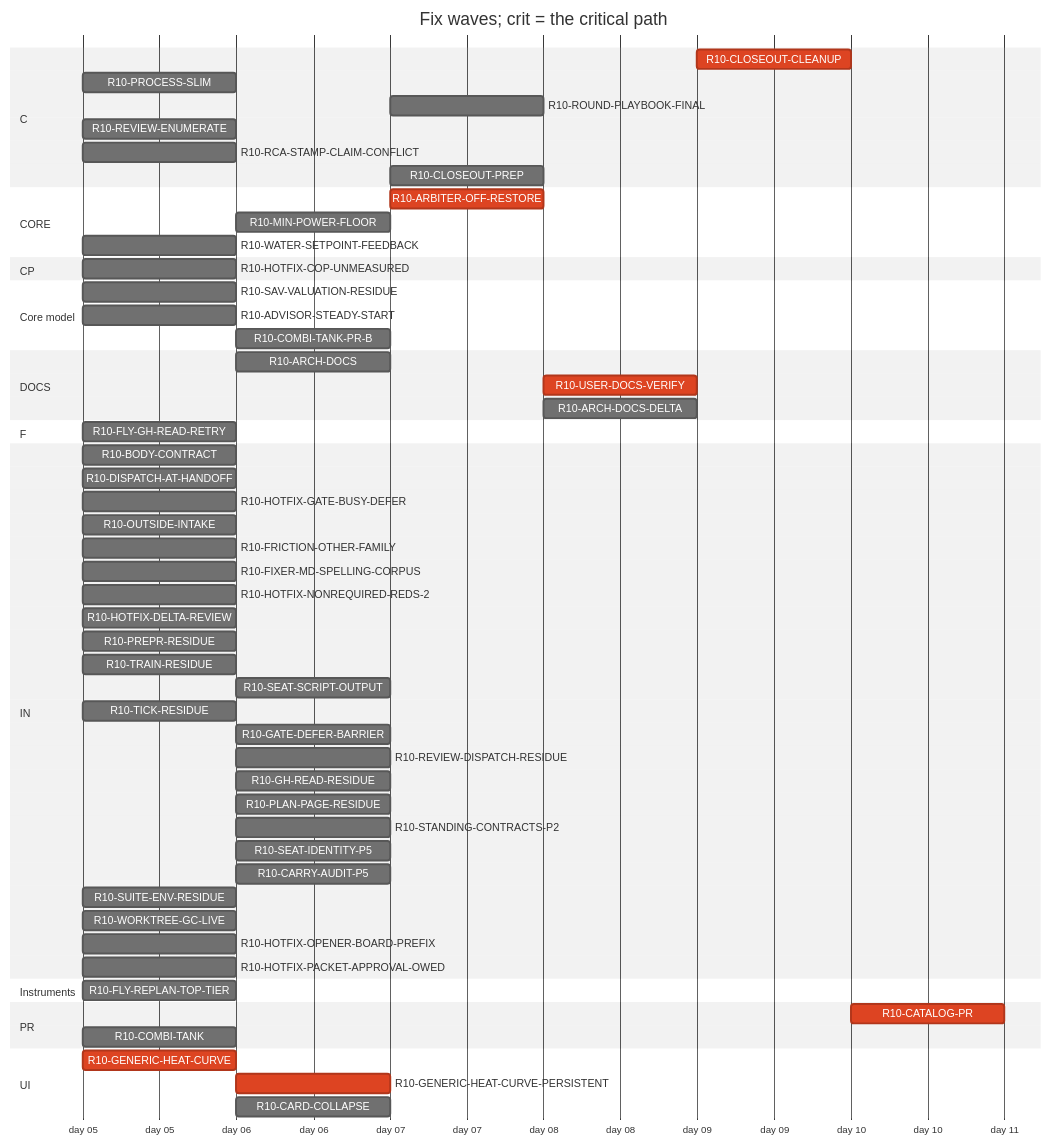
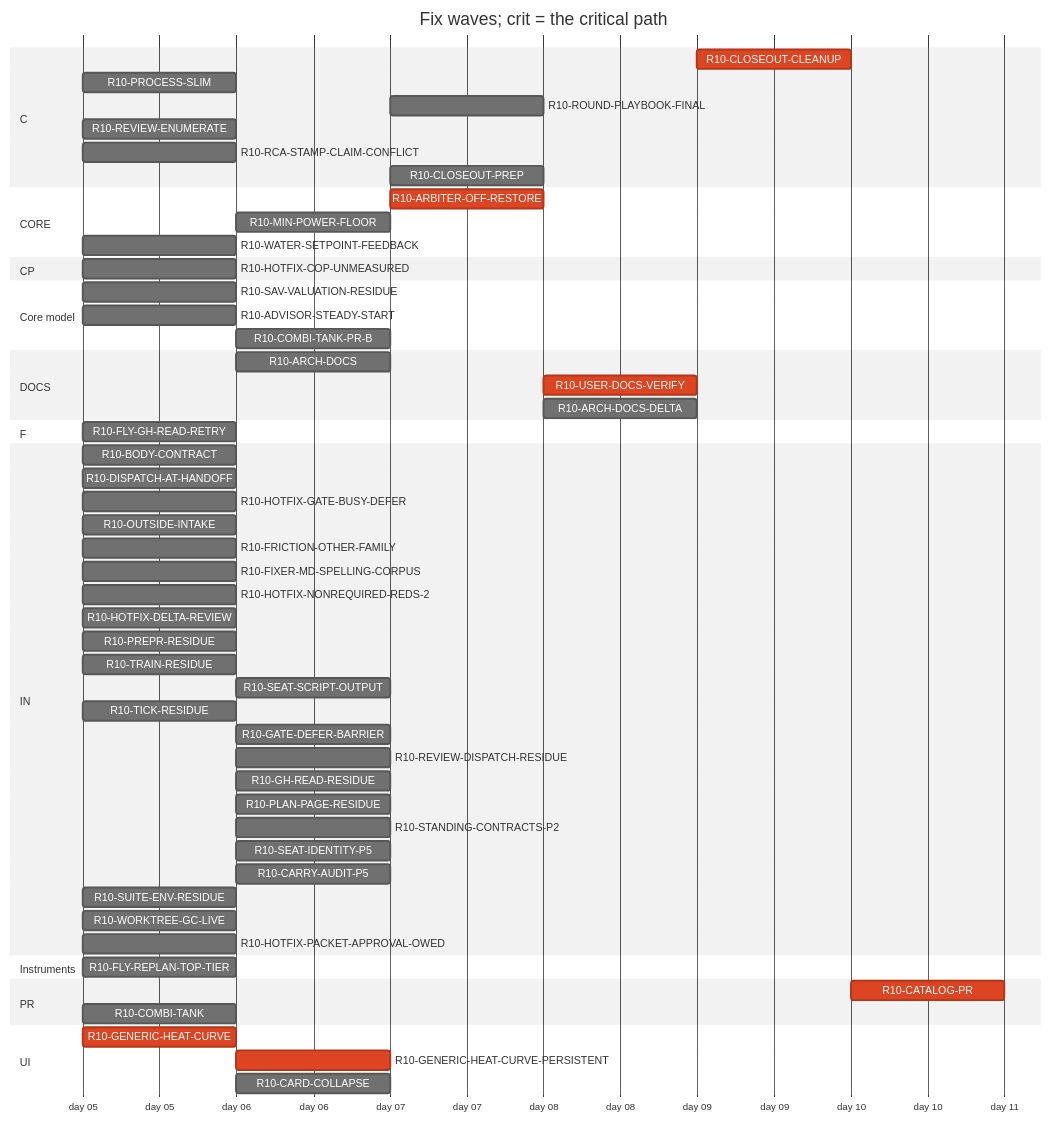
The diagram in handoff/round10/state/PLAN-TABLE.md (tvofi/heatpump_optimizer), drawn with Mermaid (neutral theme) before and after one commit. The commit also changed other lines of this file and 3 other files, not shown here.

Commit message:
state: FLOW-BOARD.md, NEXT-SESSION-PROMPT.md, PLAN-TABLE.md, RESUME-CURRENT.md regenerated (state_docs.py)

````diff
--- a/handoff/round10/state/PLAN-TABLE.md
+++ b/handoff/round10/state/PLAN-TABLE.md
@@ -23,62 +23,61 @@
 ```mermaid
 gantt
   title Fix waves; crit = the critical path
   dateFormat YYYY-MM-DD
   axisFormat day %d
   section C
     R10-CLOSEOUT-CLEANUP :crit, r10CLOSEOUTCLEANUP, after r10ARCHDOCS r10USERDOCSVERIFY r10ROUNDPLAYBOOKFINAL r10FRICTIONOTHERFAMILY r10CLOSEOUTPREP r10ARCHDOCSDELTA, 1d
     R10-PROCESS-SLIM :r10PROCESSSLIM, 2026-01-05, 1d
     R10-ROUND-PLAYBOOK-FINAL :r10ROUNDPLAYBOOKFINAL, after r10DISPATCHATHANDOFF r10BODYCONTRACT r10FLYGHREADRETRY r10PROCESSSLIM r10OUTSIDEINTAKE r10FRICTIONOTHERFAMILY r10FIXERMDSPELLINGCORPUS r10PREPRRESIDUE r10SEATSCRIPTOUTPUT r10REVIEWDISPATCHRESIDUE r10CARRYAUDITP5 r10TICKRESIDUE r10SEATIDENTITYP5 r10STANDINGCONTRACTSP2 r10PLANPAGERESIDUE r10TRAINRESIDUE r10GHREADRESIDUE r10SUITEENVRESIDUE r10GATEDEFERBARRIER r10WORKTREEGCLIVE, 1d
     R10-REVIEW-ENUMERATE :r10REVIEWENUMERATE, 2026-01-05, 1d
     R10-RCA-STAMP-CLAIM-CONFLICT :r10RCASTAMPCLAIMCONFLICT, 2026-01-05, 1d
     R10-CLOSEOUT-PREP :r10CLOSEOUTPREP, after r10ARCHDOCS r10DISPATCHATHANDOFF r10BODYCONTRACT r10FLYGHREADRETRY r10PROCESSSLIM r10OUTSIDEINTAKE r10FRICTIONOTHERFAMILY r10FIXERMDSPELLINGCORPUS r10PREPRRESIDUE r10SEATSCRIPTOUTPUT r10REVIEWDISPATCHRESIDUE r10CARRYAUDITP5 r10TICKRESIDUE r10SEATIDENTITYP5 r10STANDINGCONTRACTSP2 r10PLANPAGERESIDUE r10TRAINRESIDUE r10GHREADRESIDUE r10SUITEENVRESIDUE r10GATEDEFERBARRIER r10WORKTREEGCLIVE, 1d
   section CORE
     R10-ARBITER-OFF-RESTORE :crit, r10ARBITEROFFRESTORE, after r10GENERICHEATCURVE r10GENERICHEATCURVEPERSISTENT r10WATERSETPOINTFEEDBACK, 1d
     R10-MIN-POWER-FLOOR :r10MINPOWERFLOOR, after r10HOTFIXCOPUNMEASURED r10GENERICHEATCURVE, 1d
     R10-WATER-SETPOINT-FEEDBACK :r10WATERSETPOINTFEEDBACK, 2026-01-05, 1d
   section CP
     R10-HOTFIX-COP-UNMEASURED :r10HOTFIXCOPUNMEASURED, 2026-01-05, 1d
   section Core model
     R10-SAV-VALUATION-RESIDUE :r10SAVVALUATIONRESIDUE, 2026-01-05, 1d
     R10-ADVISOR-STEADY-START :r10ADVISORSTEADYSTART, 2026-01-05, 1d
     R10-COMBI-TANK-PR-B :r10COMBITANKPRB, after r10COMBITANK, 1d
   section DOCS
     R10-ARCH-DOCS :r10ARCHDOCS, after r10DISPATCHATHANDOFF r10BODYCONTRACT r10FLYGHREADRETRY r10PROCESSSLIM r10OUTSIDEINTAKE r10FRICTIONOTHERFAMILY, 1d
     R10-USER-DOCS-VERIFY :crit, r10USERDOCSVERIFY, after r10HOTFIXCOPUNMEASURED r10GENERICHEATCURVE r10GENERICHEATCURVEPERSISTENT r10ARBITEROFFRESTORE r10COMBITANK r10MINPOWERFLOOR, 1d
     R10-ARCH-DOCS-DELTA :r10ARCHDOCSDELTA, after r10ARCHDOCS r10HOTFIXCOPUNMEASURED r10GENERICHEATCURVE r10GENERICHEATCURVEPERSISTENT r10ARBITEROFFRESTORE r10COMBITANK r10MINPOWERFLOOR r10SAVVALUATIONRESIDUE r10ADVISORSTEADYSTART r10COMBITANKPRB, 1d
   section F
     R10-FLY-GH-READ-RETRY :r10FLYGHREADRETRY, 2026-01-05, 1d
   section IN
     R10-BODY-CONTRACT :r10BODYCONTRACT, 2026-01-05, 1d
     R10-DISPATCH-AT-HANDOFF :r10DISPATCHATHANDOFF, 2026-01-05, 1d
     R10-HOTFIX-GATE-BUSY-DEFER :r10HOTFIXGATEBUSYDEFER, 2026-01-05, 1d
     R10-OUTSIDE-INTAKE :r10OUTSIDEINTAKE, 2026-01-05, 1d
     R10-FRICTION-OTHER-FAMILY :r10FRICTIONOTHERFAMILY, 2026-01-05, 1d
     R10-FIXER-MD-SPELLING-CORPUS :r10FIXERMDSPELLINGCORPUS, 2026-01-05, 1d
     R10-HOTFIX-NONREQUIRED-REDS-2 :r10HOTFIXNONREQUIREDREDS2, 2026-01-05, 1d
     R10-HOTFIX-DELTA-REVIEW :r10HOTFIXDELTAREVIEW, 2026-01-05, 1d
     R10-PREPR-RESIDUE :r10PREPRRESIDUE, 2026-01-05, 1d
     R10-TRAIN-RESIDUE :r10TRAINRESIDUE, 2026-01-05, 1d
     R10-SEAT-SCRIPT-OUTPUT :r10SEATSCRIPTOUTPUT, after r10TRAINRESIDUE, 1d
     R10-TICK-RESIDUE :r10TICKRESIDUE, 2026-01-05, 1d
     R10-GATE-DEFER-BARRIER :r10GATEDEFERBARRIER, after r10TRAINRESIDUE r10TICKRESIDUE, 1d
     R10-REVIEW-DISPATCH-RESIDUE :r10REVIEWDISPATCHRESIDUE, after r10DISPATCHATHANDOFF r10REVIEWENUMERATE r10HOTFIXDELTAREVIEW r10PROCESSSLIM, 1d
     R10-GH-READ-RESIDUE :r10GHREADRESIDUE, after r10FLYGHREADRETRY, 1d
     R10-PLAN-PAGE-RESIDUE :r10PLANPAGERESIDUE, after r10OUTSIDEINTAKE, 1d
     R10-STANDING-CONTRACTS-P2 :r10STANDINGCONTRACTSP2, after r10FIXERMDSPELLINGCORPUS, 1d
     R10-SEAT-IDENTITY-P5 :r10SEATIDENTITYP5, after r10TICKRESIDUE, 1d
     R10-CARRY-AUDIT-P5 :r10CARRYAUDITP5, after r10BODYCONTRACT, 1d
     R10-SUITE-ENV-RESIDUE :r10SUITEENVRESIDUE, 2026-01-05, 1d
     R10-WORKTREE-GC-LIVE :r10WORKTREEGCLIVE, 2026-01-05, 1d
-    R10-HOTFIX-OPENER-BOARD-PREFIX :r10HOTFIXOPENERBOARDPREFIX, 2026-01-05, 1d
     R10-HOTFIX-PACKET-APPROVAL-OWED :r10HOTFIXPACKETAPPROVALOWED, 2026-01-05, 1d
   section Instruments
     R10-FLY-REPLAN-TOP-TIER :r10FLYREPLANTOPTIER, 2026-01-05, 1d
   section PR
     R10-CATALOG-PR :crit, r10CATALOGPR, after r10USERDOCSVERIFY r10ARCHDOCS r10ROUNDPLAYBOOKFINAL r10CLOSEOUTCLEANUP r10CLOSEOUTPREP r10ARCHDOCSDELTA, 1d
     R10-COMBI-TANK :r10COMBITANK, 2026-01-05, 1d
   section UI
     R10-GENERIC-HEAT-CURVE :crit, r10GENERICHEATCURVE, 2026-01-05, 1d
     R10-GENERIC-HEAT-CURVE-PERSISTENT :crit, r10GENERICHEATCURVEPERSISTENT, after r10GENERICHEATCURVE, 1d
     R10-CARD-COLLAPSE :r10CARDCOLLAPSE, after r10HOTFIXCOPUNMEASURED, 1d
 ```
````
